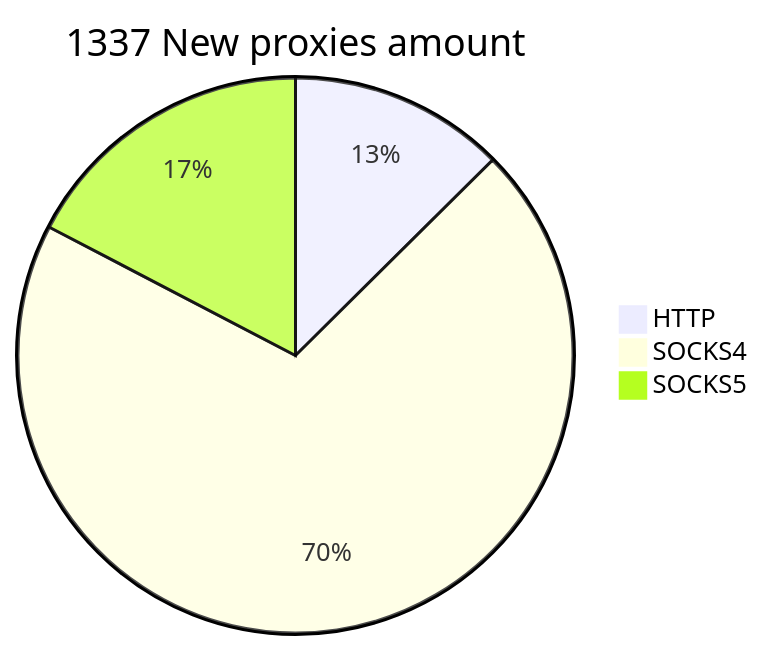
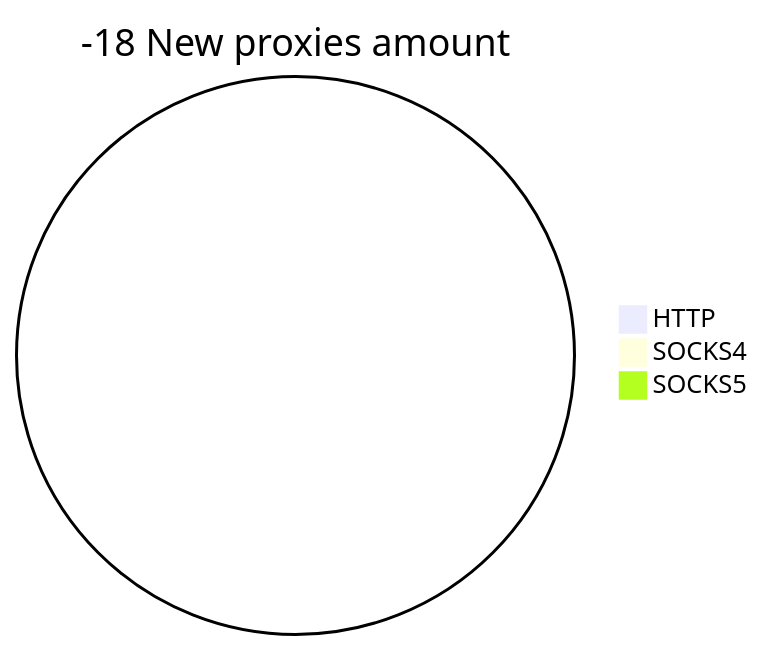
One commit to cutipu/proxylist changed the second of 2 diagrams in README.md. Above: the diagram before and after it, drawn with Mermaid. The commit also changed other lines of this file, not shown here.

````diff
--- a/README.md
+++ b/README.md
@@ -10,6 +10,6 @@
 ```mermaid
-pie title 1337 New proxies amount
-    "HTTP" : 168
-    "SOCKS4" : 937
-    "SOCKS5" : 232
+pie title -18 New proxies amount
+    "HTTP" : 0
+    "SOCKS4" : 0
+    "SOCKS5" : 0
 ```
````
